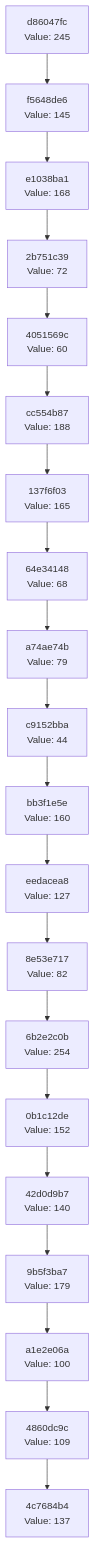
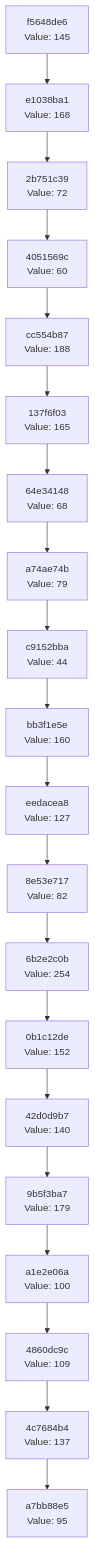
Before and after one commit to Abhisheksinha1506/hash-chain-evolver: the diagram in docs/CHAIN_VISUALIZATION.md, drawn with Mermaid. The commit also changed 2 other files, not shown here.

Commit message:
Evolution Step

````diff
--- a/docs/CHAIN_VISUALIZATION.md
+++ b/docs/CHAIN_VISUALIZATION.md
@@ -3,42 +3,42 @@
 ```mermaid
 graph TD
-    C0["4c7684b4<br/>Value: 137"]
-    C1["4860dc9c<br/>Value: 109"]
+    C0["a7bb88e5<br/>Value: 95"]
+    C1["4c7684b4<br/>Value: 137"]
     C1 --> C0
-    C2["a1e2e06a<br/>Value: 100"]
+    C2["4860dc9c<br/>Value: 109"]
     C2 --> C1
-    C3["9b5f3ba7<br/>Value: 179"]
+    C3["a1e2e06a<br/>Value: 100"]
     C3 --> C2
-    C4["42d0d9b7<br/>Value: 140"]
+    C4["9b5f3ba7<br/>Value: 179"]
     C4 --> C3
-    C5["0b1c12de<br/>Value: 152"]
+    C5["42d0d9b7<br/>Value: 140"]
     C5 --> C4
-    C6["6b2e2c0b<br/>Value: 254"]
+    C6["0b1c12de<br/>Value: 152"]
     C6 --> C5
-    C7["8e53e717<br/>Value: 82"]
+    C7["6b2e2c0b<br/>Value: 254"]
     C7 --> C6
-    C8["eedacea8<br/>Value: 127"]
+    C8["8e53e717<br/>Value: 82"]
     C8 --> C7
-    C9["bb3f1e5e<br/>Value: 160"]
+    C9["eedacea8<br/>Value: 127"]
     C9 --> C8
-    C10["c9152bba<br/>Value: 44"]
+    C10["bb3f1e5e<br/>Value: 160"]
     C10 --> C9
-    C11["a74ae74b<br/>Value: 79"]
+    C11["c9152bba<br/>Value: 44"]
     C11 --> C10
-    C12["64e34148<br/>Value: 68"]
+    C12["a74ae74b<br/>Value: 79"]
     C12 --> C11
-    C13["137f6f03<br/>Value: 165"]
+    C13["64e34148<br/>Value: 68"]
     C13 --> C12
-    C14["cc554b87<br/>Value: 188"]
+    C14["137f6f03<br/>Value: 165"]
     C14 --> C13
-    C15["4051569c<br/>Value: 60"]
+    C15["cc554b87<br/>Value: 188"]
     C15 --> C14
-    C16["2b751c39<br/>Value: 72"]
+    C16["4051569c<br/>Value: 60"]
     C16 --> C15
-    C17["e1038ba1<br/>Value: 168"]
+    C17["2b751c39<br/>Value: 72"]
     C17 --> C16
-    C18["f5648de6<br/>Value: 145"]
+    C18["e1038ba1<br/>Value: 168"]
     C18 --> C17
-    C19["d86047fc<br/>Value: 245"]
+    C19["f5648de6<br/>Value: 145"]
     C19 --> C18
 ```
````
